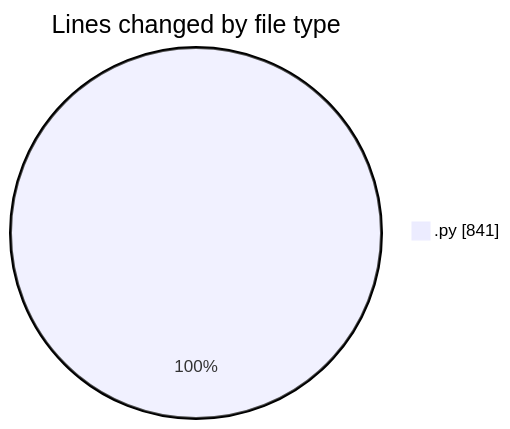
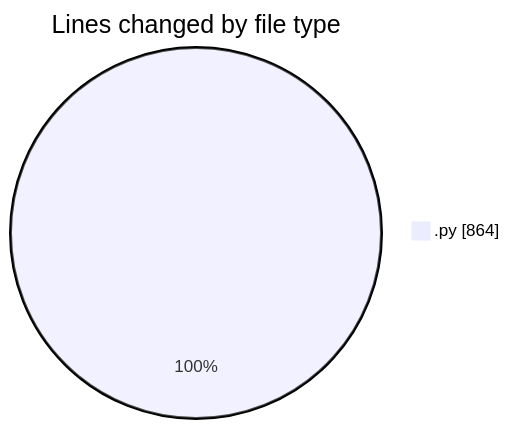
Before and after one commit to MatusMokan/code-tracking: the first of 2 diagrams in 2025-03-01/myws__workspace_/README.md, drawn with Mermaid. The commit also changed other lines of this file and 1 other file, not shown here.

````diff
--- a/2025-03-01/myws__workspace_/README.md
+++ b/2025-03-01/myws__workspace_/README.md
@@ -21,5 +21,5 @@
 ```mermaid
 pie showData
 title Lines changed by file type
-".py" : 841
+".py" : 864
 ```
````
